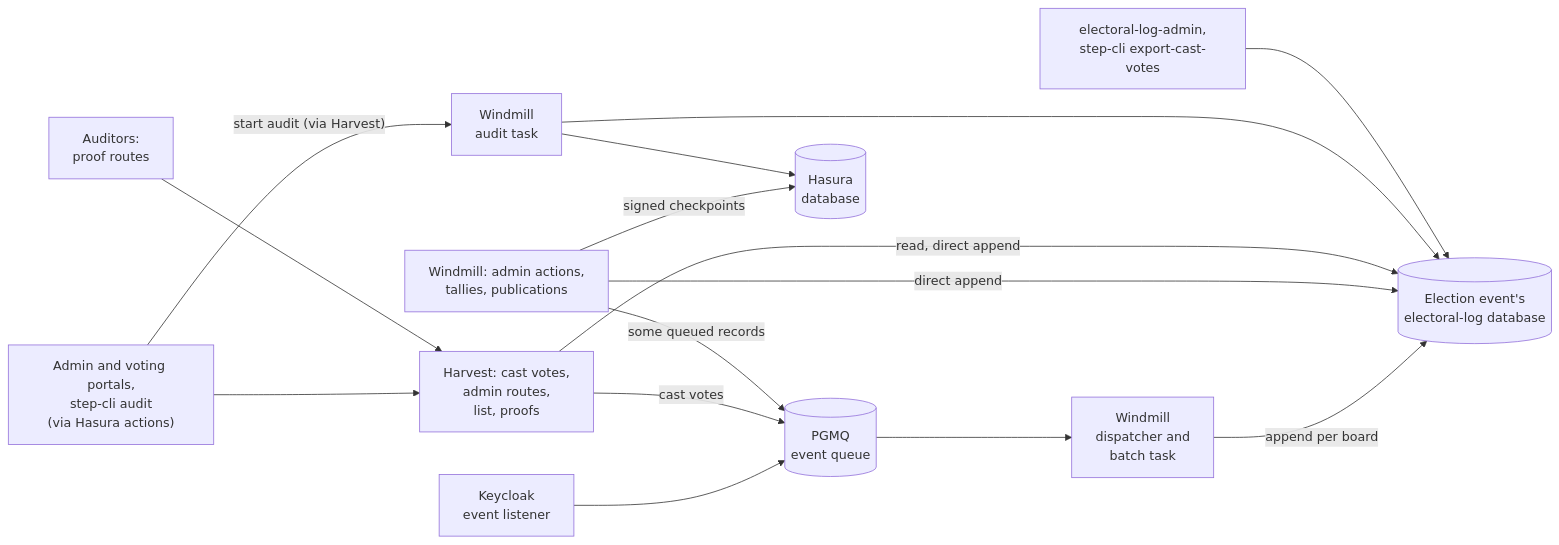
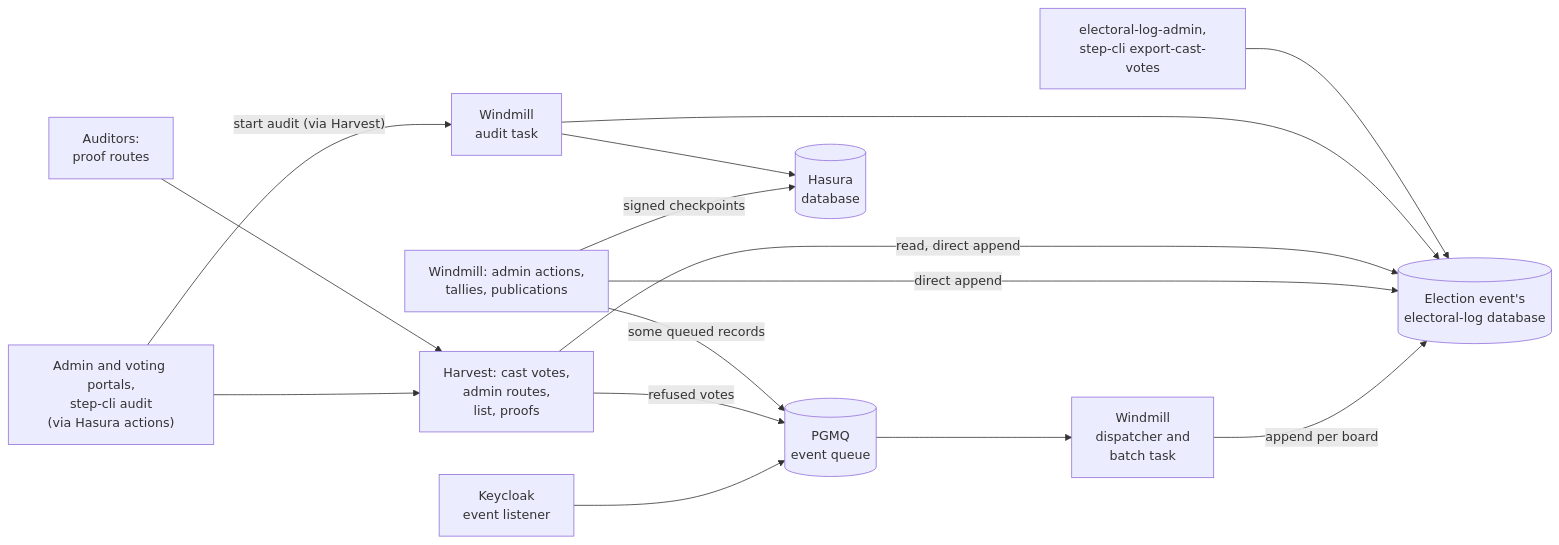
One commit to sequentech/step changed the first of 6 diagrams in docs/docusaurus/docs/07-developers/13-electoral-log/01-electoral-log-design.md. Above: the diagram before and after it, drawn with Mermaid. The commit also changed other lines of this file and 20 other files, not shown here.

````diff
--- a/docs/docusaurus/docs/07-developers/13-electoral-log/01-electoral-log-design.md
+++ b/docs/docusaurus/docs/07-developers/13-electoral-log/01-electoral-log-design.md
@@ -59,17 +59,17 @@
 ```mermaid
 flowchart LR
     KC["Keycloak<br/>event listener"] --> Q[("PGMQ<br/>event queue")]
-    HV["Harvest: cast votes,<br/>admin routes,<br/>list, proofs"] -->|"cast votes"| Q
+    HV["Harvest: cast votes,<br/>admin routes,<br/>list, proofs"] -->|"refused votes"| Q
     Q --> DISP["Windmill<br/>dispatcher and<br/>batch task"]
     DISP -->|"append per board"| DB[("Election event's<br/>electoral-log database")]
     WD["Windmill: admin actions,<br/>tallies, publications"] -->|"direct append"| DB
     WD -->|"some queued records"| Q
     WD -->|"signed checkpoints"| HDB[("Hasura<br/>database")]
     HV -->|"read, direct append"| DB
     AUD["Windmill<br/>audit task"] --> DB
     AUD --> HDB
     ADM["electoral-log-admin,<br/>step-cli export-cast-votes"] --> DB
     CL["Admin and voting portals,<br/>step-cli audit<br/>(via Hasura actions)"] --> HV
     AUDR["Auditors:<br/>proof routes"] --> HV
     CL -->|"start audit (via Harvest)"| AUD
 ```
````
